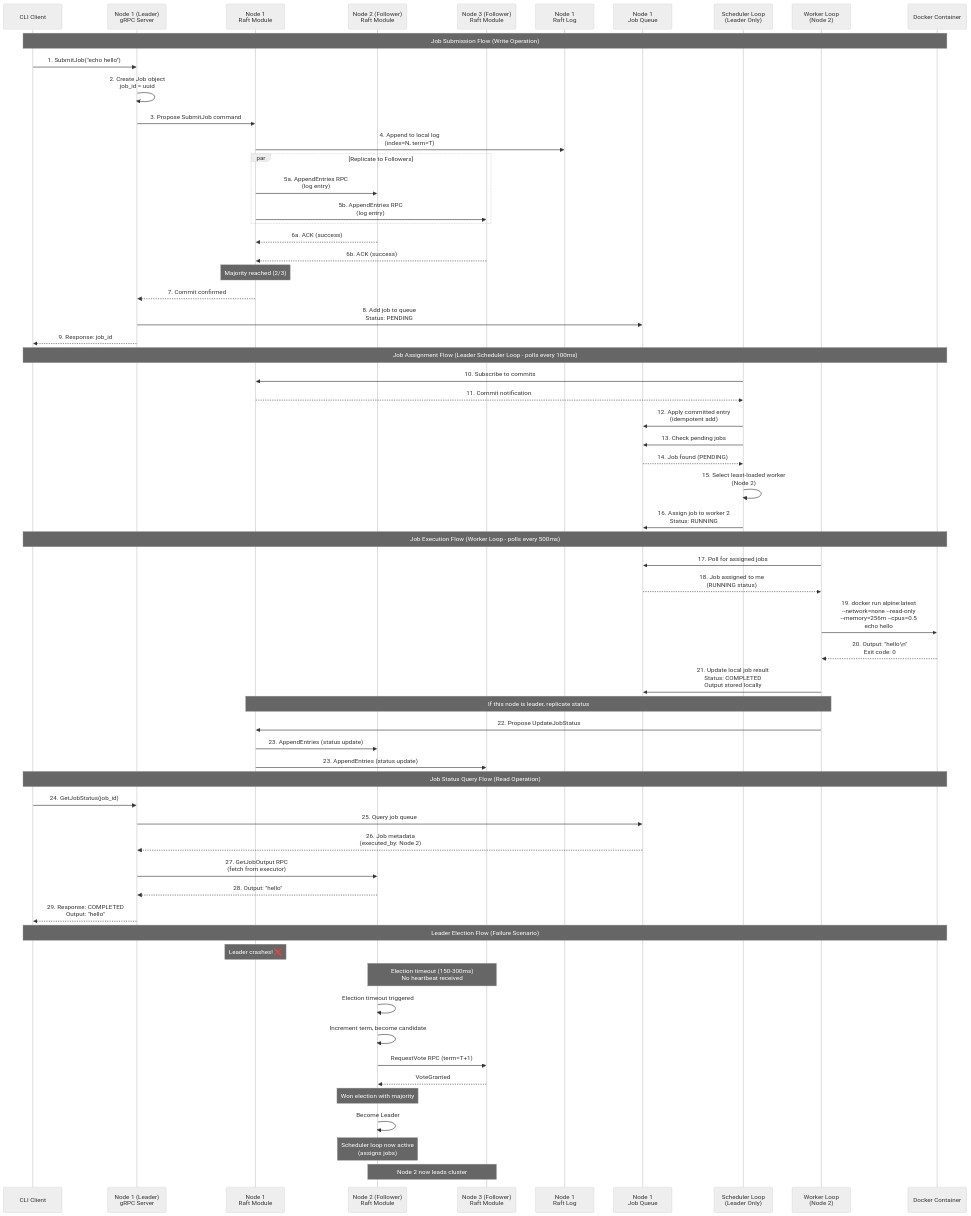
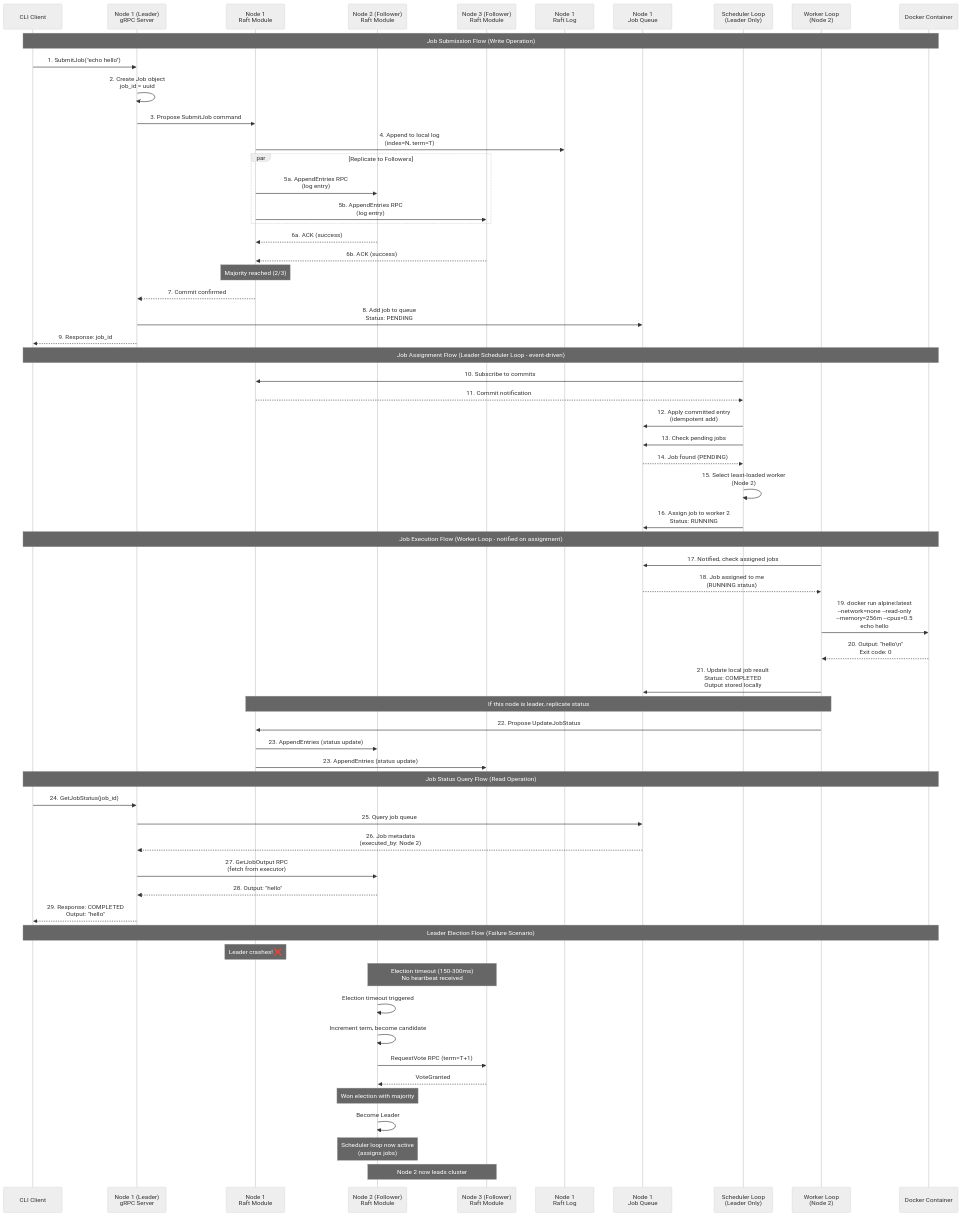
Before and after one commit to ngaddam369/nomad-lite: the third of 3 diagrams in README.md, drawn with Mermaid (neutral theme). The commit also changed other lines of this file and 1 other file, not shown here.

First line of the commit message:
Feature: Replace polling-based scheduling with event-driven

```diff
--- a/README.md
+++ b/README.md
@@ -154,7 +154,7 @@
     N1->>Queue1: 8. Add job to queue<br/>Status: PENDING
     N1-->>Client: 9. Response: job_id
 
-    Note over Client,Docker: Job Assignment Flow (Leader Scheduler Loop - polls every 100ms)
+    Note over Client,Docker: Job Assignment Flow (Leader Scheduler Loop - event-driven)
 
     Sched->>Raft1: 10. Subscribe to commits
     Raft1-->>Sched: 11. Commit notification
@@ -165,9 +165,9 @@
     Sched->>Sched: 15. Select least-loaded worker<br/>(Node 2)
     Sched->>Queue1: 16. Assign job to worker 2<br/>Status: RUNNING
 
-    Note over Client,Docker: Job Execution Flow (Worker Loop - polls every 500ms)
+    Note over Client,Docker: Job Execution Flow (Worker Loop - notified on assignment)
 
-    Worker->>Queue1: 17. Poll for assigned jobs
+    Worker->>Queue1: 17. Notified, check assigned jobs
     Queue1-->>Worker: 18. Job assigned to me<br/>(RUNNING status)
 
     Worker->>Docker: 19. docker run alpine:latest<br/>--network=none --read-only<br/>--memory=256m --cpus=0.5<br/>echo hello
```
